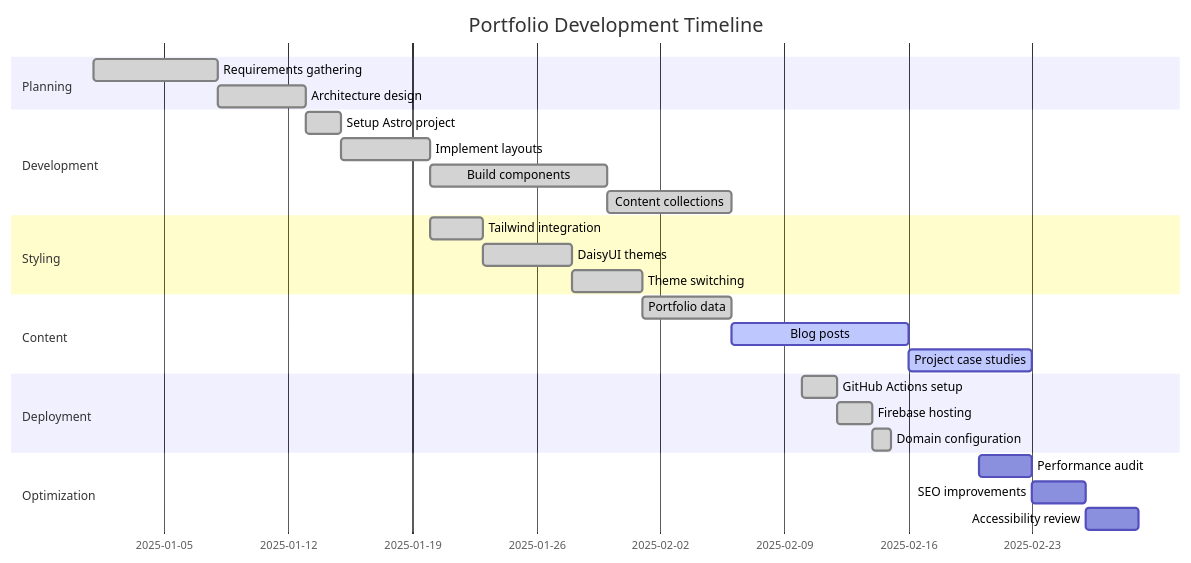
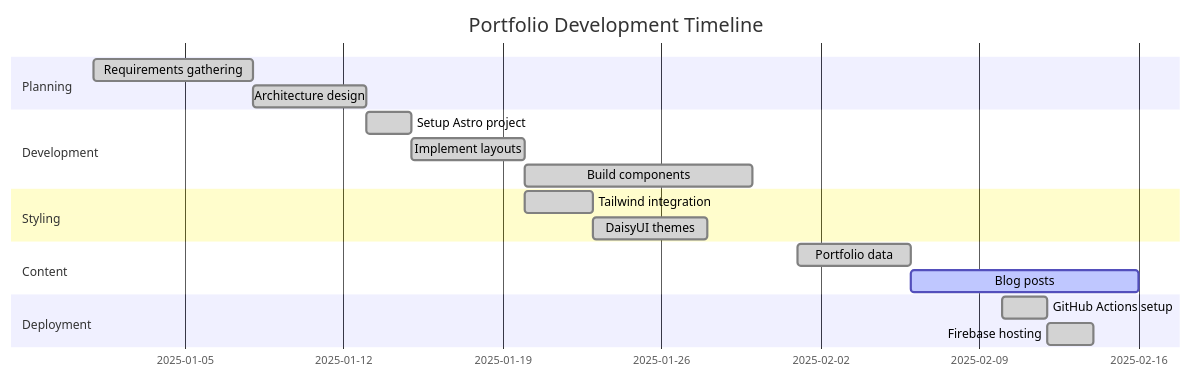
One commit to nilushan/profile-astro changed the eighth of 10 diagrams in src/content/blog/mermaid-diagrams-software-development.mdx. Above: the diagram before and after it, drawn with Mermaid. The commit also changed other lines of this file and 1 other file, not shown here.

````diff
--- a/src/content/blog/mermaid-diagrams-software-development.mdx
+++ b/src/content/blog/mermaid-diagrams-software-development.mdx
@@ -447,34 +376,25 @@
 ```mermaid
 gantt
     title Portfolio Development Timeline
     dateFormat YYYY-MM-DD
     section Planning
     Requirements gathering    :done, req, 2025-01-01, 7d
     Architecture design       :done, arch, after req, 5d
 
     section Development
     Setup Astro project       :done, setup, 2025-01-13, 2d
     Implement layouts         :done, layouts, after setup, 5d
     Build components          :done, comps, after layouts, 10d
-    Content collections       :done, content, after comps, 7d
 
     section Styling
     Tailwind integration      :done, tw, 2025-01-20, 3d
     DaisyUI themes            :done, daisy, after tw, 5d
-    Theme switching           :done, themes, after daisy, 4d
 
     section Content
     Portfolio data            :done, data, 2025-02-01, 5d
     Blog posts               :active, blog, after data, 10d
-    Project case studies     :active, projects, after blog, 7d
 
     section Deployment
     GitHub Actions setup     :done, ci, 2025-02-10, 2d
     Firebase hosting         :done, deploy, after ci, 2d
-    Domain configuration     :done, domain, after deploy, 1d
-
-    section Optimization
-    Performance audit        :perf, 2025-02-20, 3d
-    SEO improvements        :seo, after perf, 3d
-    Accessibility review    :a11y, after seo, 3d
 ```
````
